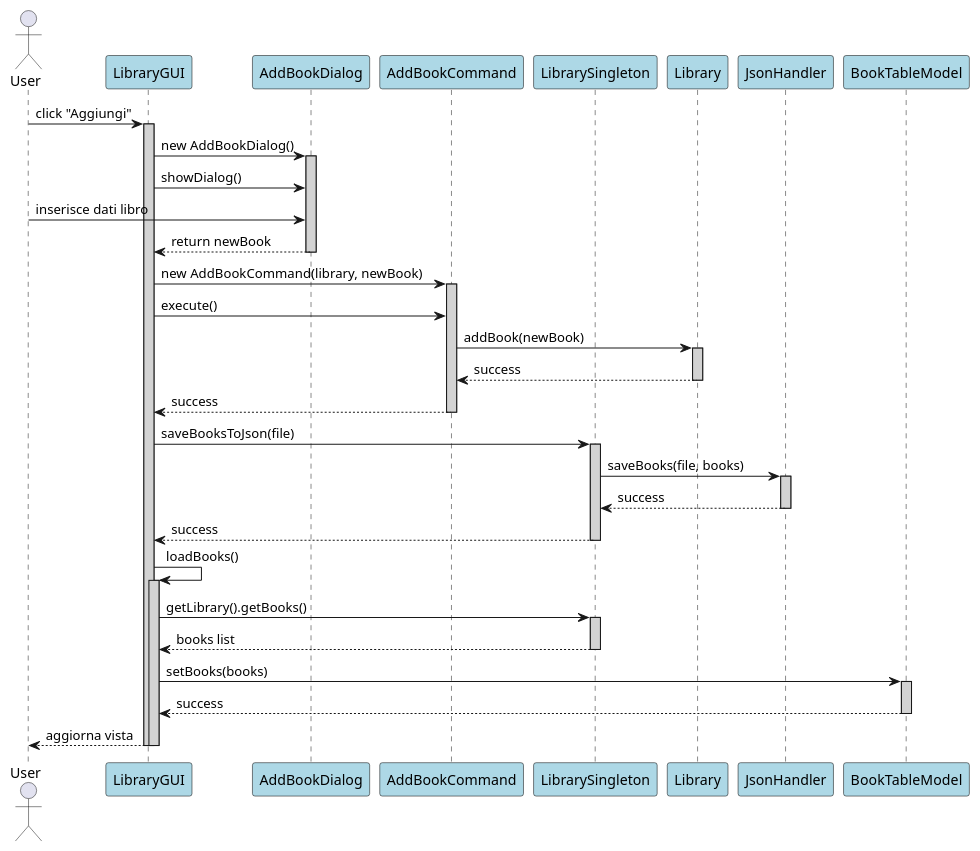
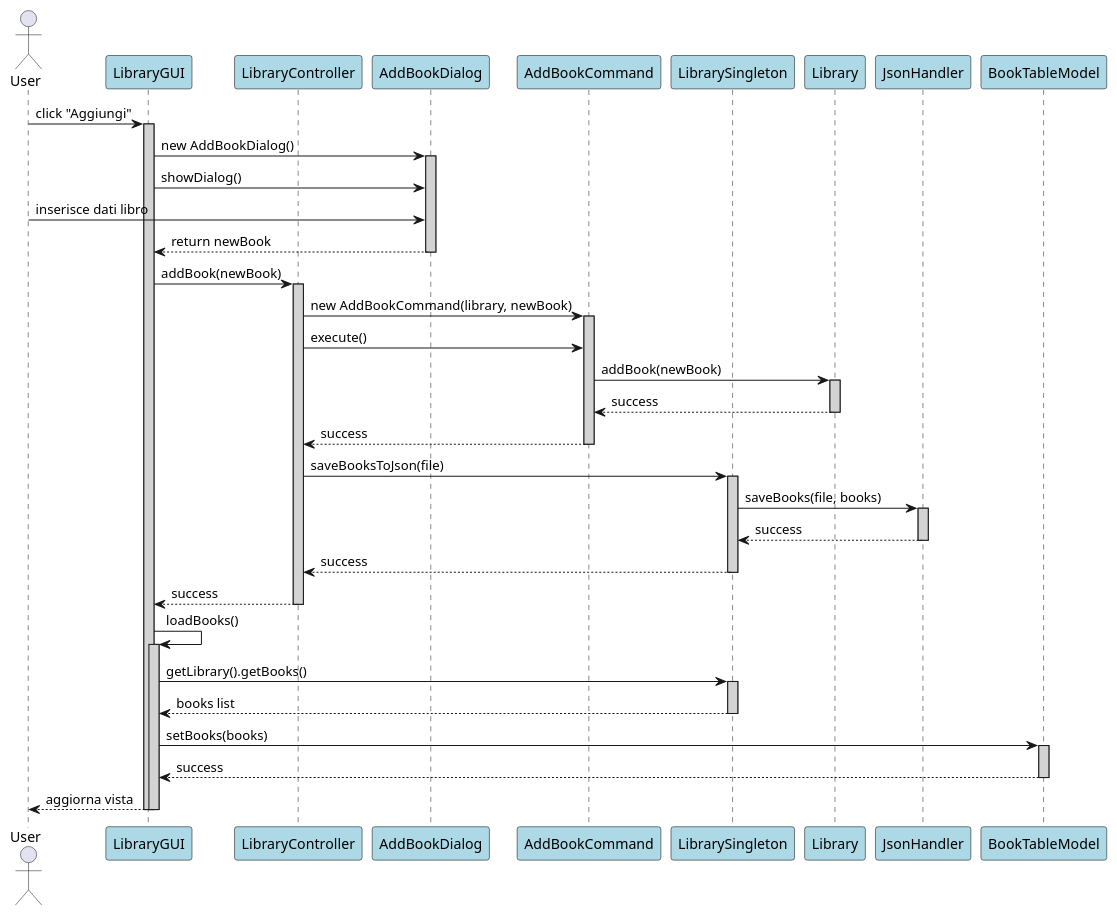
The diagram in src/main/java/org/libreria/AddBookSequenceDiagram.puml (CaputoCristian/LibreriaPersonale), drawn with PlantUML before and after one commit. The commit also changed 6 other files, not shown here.

```diff
--- a/src/main/java/org/libreria/AddBookSequenceDiagram.puml
+++ b/src/main/java/org/libreria/AddBookSequenceDiagram.puml
@@ -1,66 +1,72 @@
 @startuml Add Book Sequence
 
 skinparam sequence {
     ParticipantBackgroundColor LightBlue
     ParticipantBorderColor Black
     LifeLineBackgroundColor LightGray
 }
 
 actor User
 participant "LibraryGUI" as GUI
+participant "LibraryController" as Controller
 participant "AddBookDialog" as Dialog
 participant "AddBookCommand" as Command
 participant "LibrarySingleton" as Singleton
 participant "Library" as Lib
 participant "JsonHandler" as Json
 participant "BookTableModel" as Model
 
 User -> GUI: click "Aggiungi"
 activate GUI
 
 GUI -> Dialog: new AddBookDialog()
 activate Dialog
 GUI -> Dialog: showDialog()
 
 User -> Dialog: inserisce dati libro
 Dialog --> GUI: return newBook
 deactivate Dialog
 
-GUI -> Command: new AddBookCommand(library, newBook)
+GUI -> Controller: addBook(newBook)
+activate Controller
+
+Controller -> Command: new AddBookCommand(library, newBook)
 activate Command
 
-GUI -> Command: execute()
+Controller -> Command: execute()
 Command -> Lib: addBook(newBook)
 activate Lib
 Lib --> Command: success
 deactivate Lib
 
-Command --> GUI: success
+Command --> Controller: success
 deactivate Command
 
-GUI -> Singleton: saveBooksToJson(file)
+Controller -> Singleton: saveBooksToJson(file)
 activate Singleton
 Singleton -> Json: saveBooks(file, books)
 activate Json
 Json --> Singleton: success
 deactivate Json
-Singleton --> GUI: success
+Singleton --> Controller: success
 deactivate Singleton
+Controller --> GUI: success
+deactivate Controller
 
 GUI -> GUI: loadBooks()
 activate GUI
 GUI -> Singleton: getLibrary().getBooks()
 activate Singleton
 Singleton --> GUI: books list
 deactivate Singleton
 
 GUI -> Model: setBooks(books)
 activate Model
 Model --> GUI: success
 deactivate Model
 
 GUI --> User: aggiorna vista
 deactivate GUI
 deactivate GUI
 
 @enduml
```
